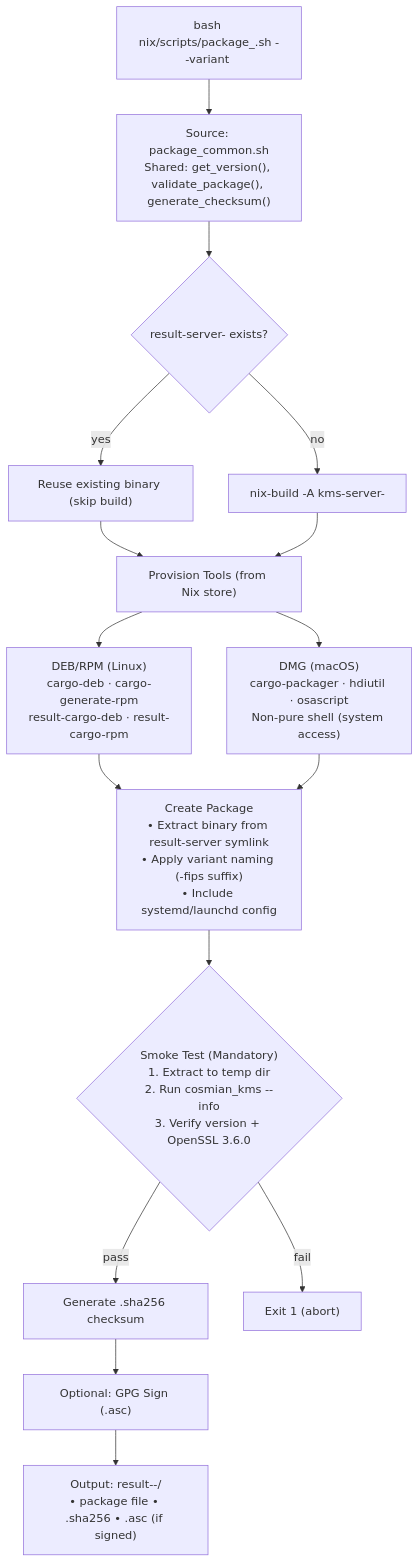
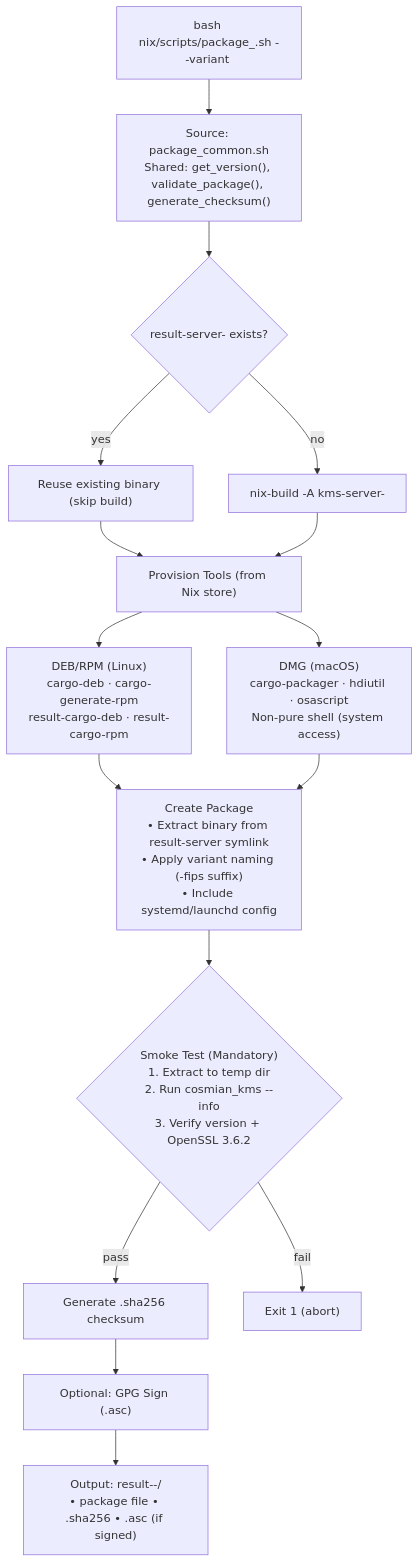
One commit to Cosmian/kms changed the eighth of 10 diagrams in nix/README.md. Above: the diagram before and after it, drawn with Mermaid. The commit also changed other lines of this file and 52 other files, not shown here.

````diff
--- a/nix/README.md
+++ b/nix/README.md
@@ -881,28 +881,28 @@
 ```mermaid
 flowchart TB
     entry["bash nix/scripts/package_<type>.sh --variant <fips|non-fips>"]
     common["Source: package_common.sh<br/>Shared: get_version(), validate_package(), generate_checksum()"]
     entry --> common
     check_bin{"result-server-<variant> exists?"}
     common --> check_bin
     reuse["Reuse existing binary (skip build)"]
     nix_build["nix-build -A kms-server-<variant>"]
     check_bin -- yes --> reuse
     check_bin -- no --> nix_build
     tools["Provision Tools (from Nix store)"]
     reuse & nix_build --> tools
     deb_rpm["DEB/RPM (Linux)<br/>cargo-deb · cargo-generate-rpm<br/>result-cargo-deb · result-cargo-rpm"]
     dmg["DMG (macOS)<br/>cargo-packager · hdiutil · osascript<br/>Non-pure shell (system access)"]
     tools --> deb_rpm & dmg
     create["Create Package<br/>• Extract binary from result-server symlink<br/>• Apply variant naming (-fips suffix)<br/>• Include systemd/launchd config"]
     deb_rpm & dmg --> create
-    smoke{"Smoke Test (Mandatory)<br/>1. Extract to temp dir<br/>2. Run cosmian_kms --info<br/>3. Verify version + OpenSSL 3.6.0"}
+    smoke{"Smoke Test (Mandatory)<br/>1. Extract to temp dir<br/>2. Run cosmian_kms --info<br/>3. Verify version + OpenSSL 3.6.2"}
     create --> smoke
     pass["Generate .sha256 checksum"]
     gpg["Optional: GPG Sign (.asc)"]
     fail["Exit 1 (abort)"]
     smoke -- pass --> pass --> gpg
     smoke -- fail --> fail
     output["Output: result-<type>-<variant>/<br/>• package file • .sha256 • .asc (if signed)"]
     gpg --> output
 ```
````
